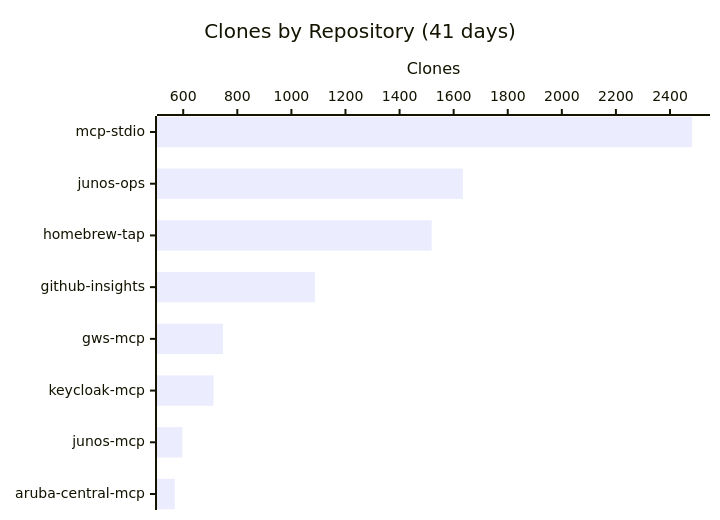
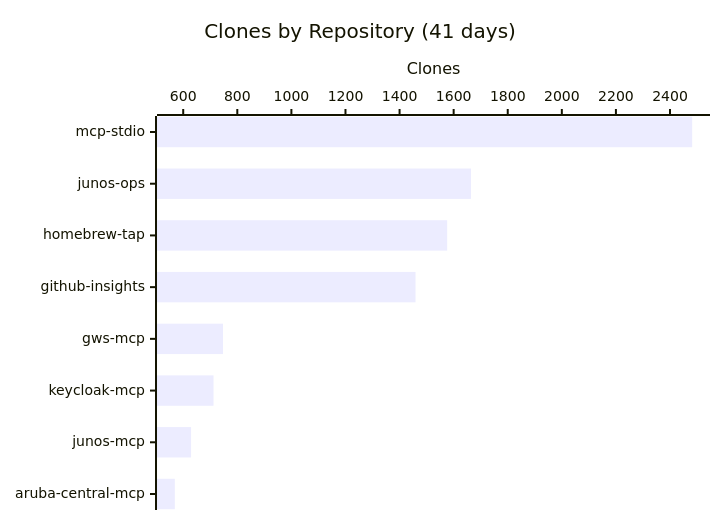
One commit to shigechika/github-insights changed the third of 3 diagrams in README.md. Above: the diagram before and after it, drawn with Mermaid. The commit also changed other lines of this file and 2 other files, not shown here.

````diff
--- a/README.md
+++ b/README.md
@@ -36,7 +36,7 @@
 ```mermaid
 xychart-beta horizontal
     title "Clones by Repository (41 days)"
     x-axis ["mcp-stdio", "junos-ops", "homebrew-tap", "github-insights", "gws-mcp", "keycloak-mcp", "junos-mcp", "aruba-central-mcp"]
     y-axis "Clones"
-    bar [2482, 1634, 1519, 1087, 747, 712, 597, 569]
+    bar [2482, 1664, 1576, 1459, 747, 712, 629, 569]
 ```
````
